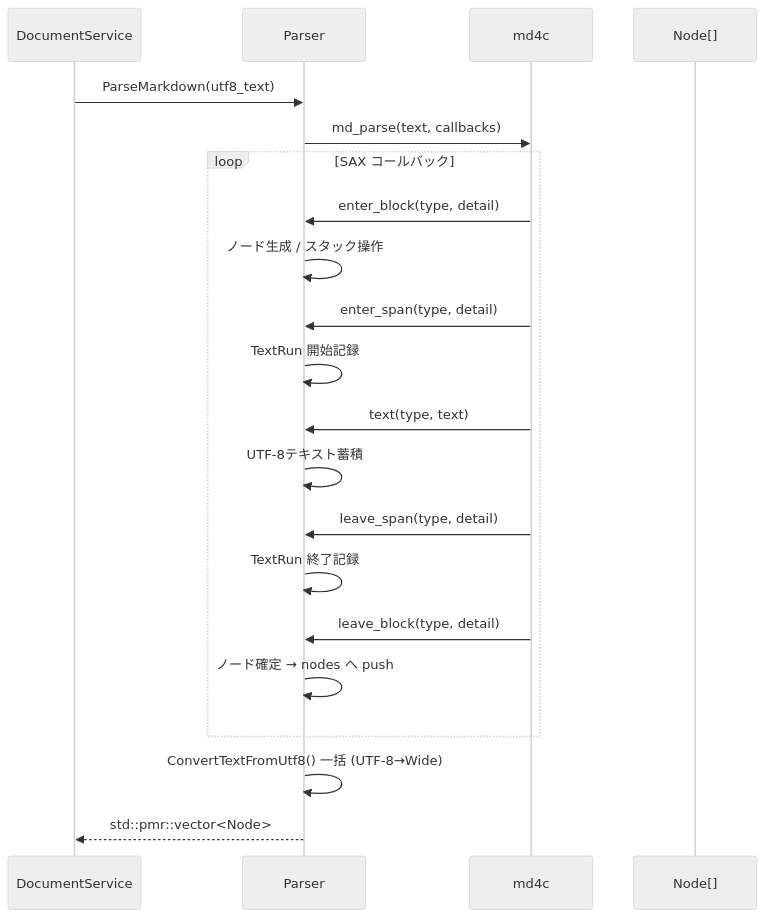
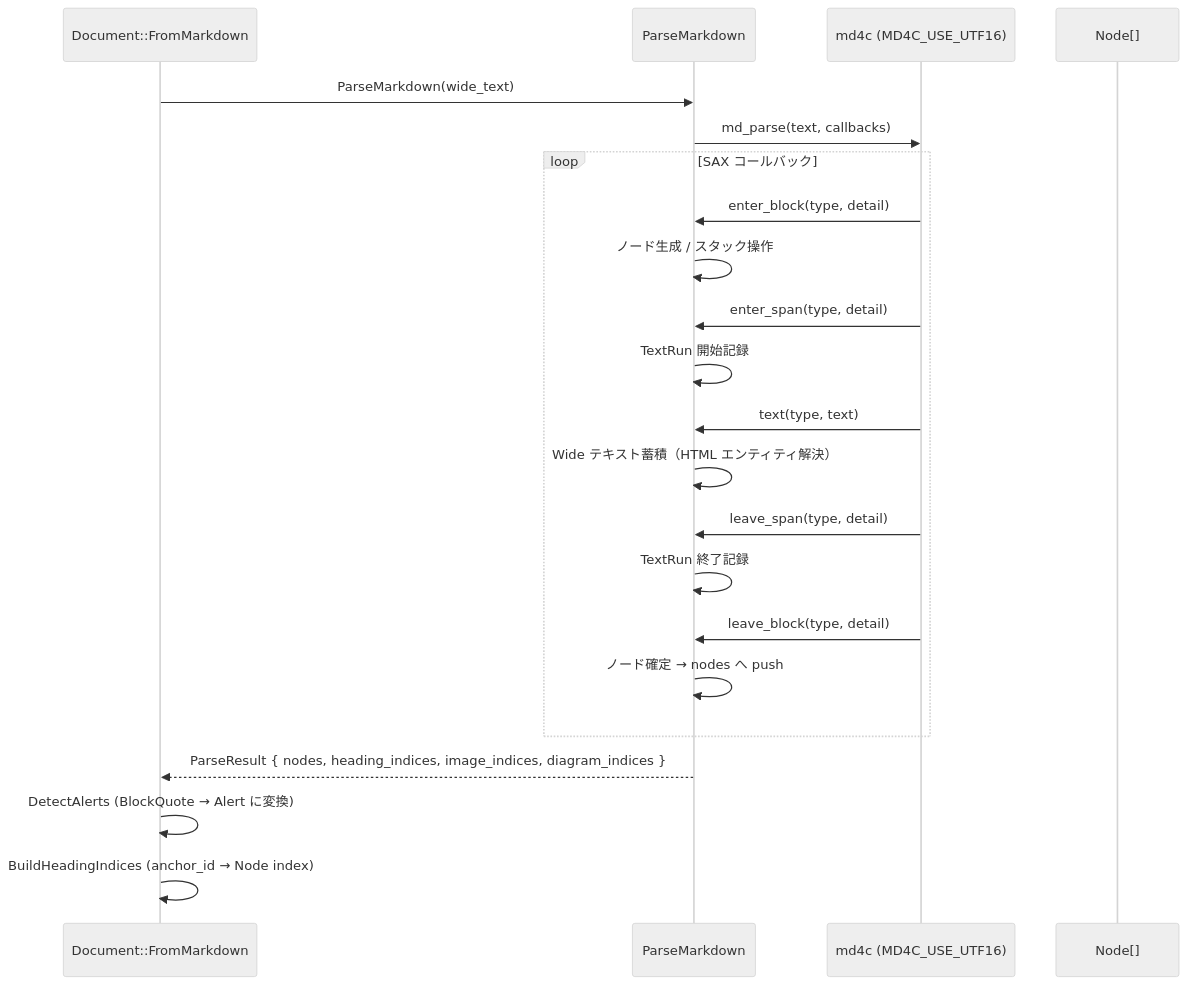
One commit to tanaton/mendo changed the sixth of 27 diagrams in example/test.md. Above: the diagram before and after it, drawn with Mermaid (neutral theme). The commit also changed other lines of this file, not shown here.

````diff
--- a/example/test.md
+++ b/example/test.md
@@ -624,24 +772,25 @@
 ```mermaid
 sequenceDiagram
-    participant DS as DocumentService
-    participant P as Parser
-    participant MD as md4c
+    participant DOC as Document::FromMarkdown
+    participant P as ParseMarkdown
+    participant MD as md4c (MD4C_USE_UTF16)
     participant N as Node[]
 
-    DS->>P: ParseMarkdown(utf8_text)
+    DOC->>P: ParseMarkdown(wide_text)
     P->>MD: md_parse(text, callbacks)
     loop SAX コールバック
         MD->>P: enter_block(type, detail)
         P->>P: ノード生成 / スタック操作
         MD->>P: enter_span(type, detail)
         P->>P: TextRun 開始記録
         MD->>P: text(type, text)
-        P->>P: UTF-8テキスト蓄積
+        P->>P: Wide テキスト蓄積（HTML エンティティ解決）
         MD->>P: leave_span(type, detail)
         P->>P: TextRun 終了記録
         MD->>P: leave_block(type, detail)
         P->>P: ノード確定 → nodes へ push
     end
-    P->>P: ConvertTextFromUtf8() 一括 (UTF-8→Wide)
-    P-->>DS: std::pmr::vector<Node>
+    P-->>DOC: ParseResult { nodes, heading_indices, image_indices, diagram_indices }
+    DOC->>DOC: DetectAlerts (BlockQuote → Alert に変換)
+    DOC->>DOC: BuildHeadingIndices (anchor_id → Node index)
 ```
````
